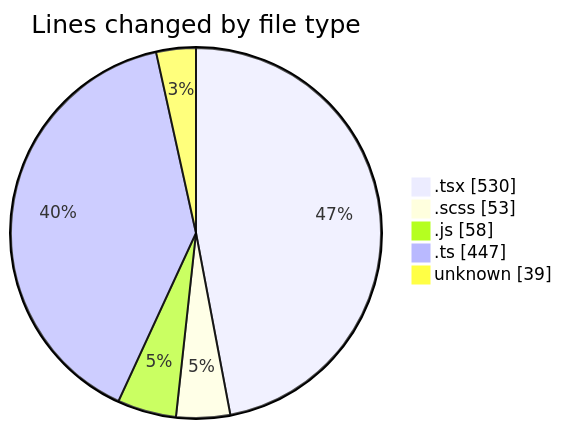
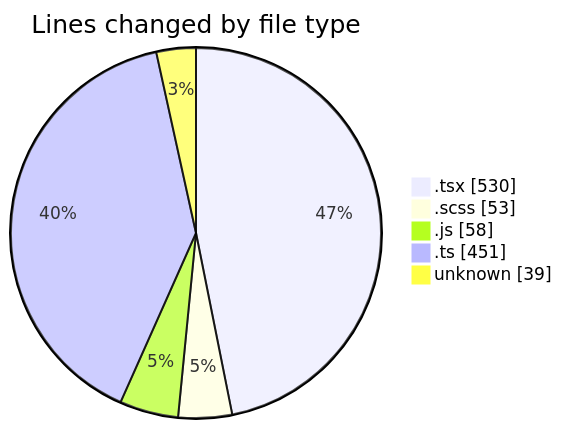
The first of 2 diagrams in 2025-05-02/cda/README.md (momahboobian/code-tracking), drawn with Mermaid before and after one commit. The commit also changed other lines of this file and 1 other file, not shown here.

````diff
--- a/2025-05-02/cda/README.md
+++ b/2025-05-02/cda/README.md
@@ -26,9 +26,9 @@
 ```mermaid
 pie showData
 title Lines changed by file type
 ".tsx" : 530
 ".scss" : 53
 ".js" : 58
-".ts" : 447
+".ts" : 451
 "unknown" : 39
 ```
````
